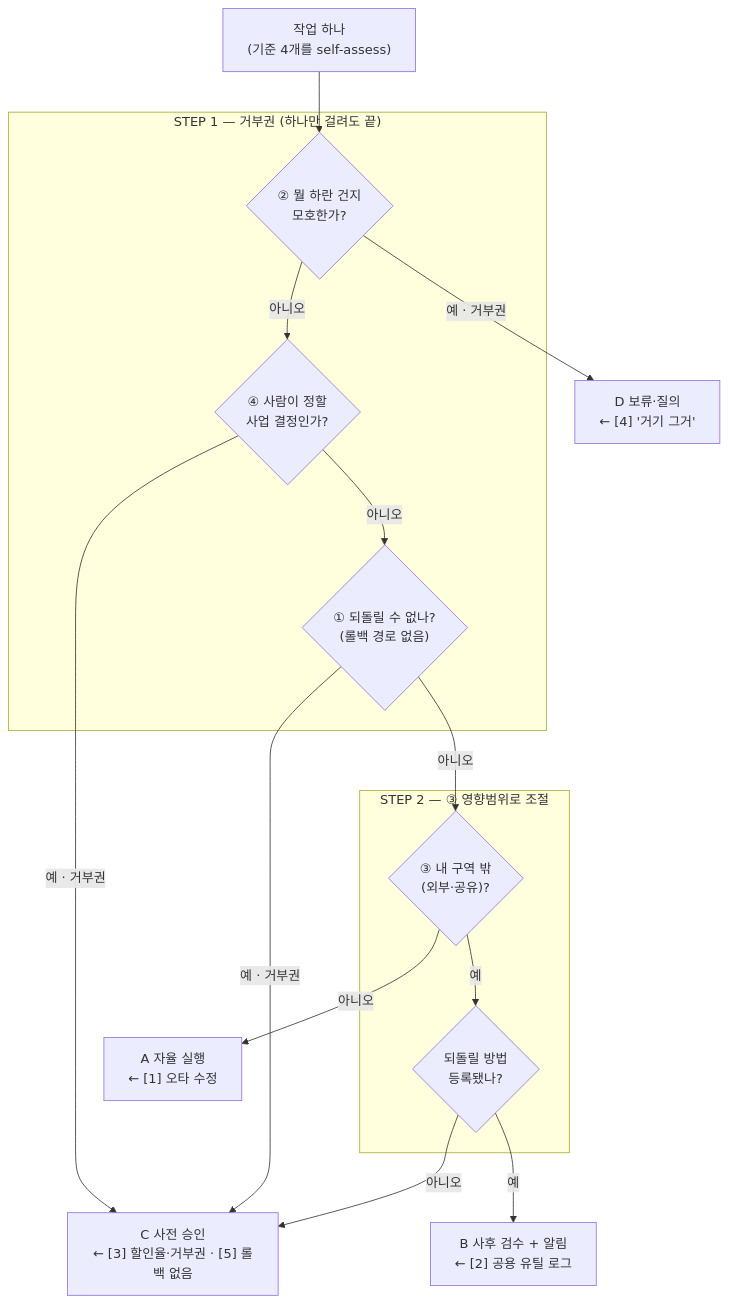
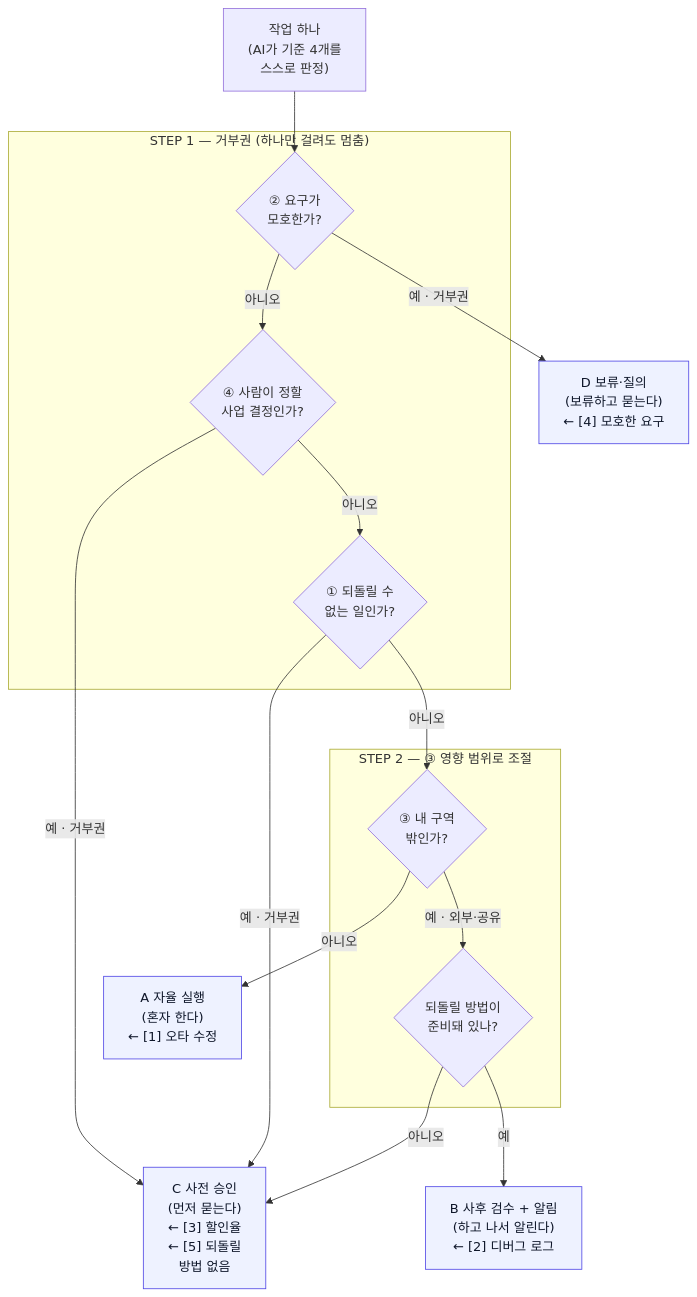
One commit to neisii/harness-naroo changed the first of 2 diagrams in QUICKSTART.md. Above: the diagram before and after it, drawn with Mermaid. The commit also changed other lines of this file and 5 other files, not shown here.

````diff
--- a/QUICKSTART.md
+++ b/QUICKSTART.md
@@ -46,28 +57,30 @@
 ```mermaid
 flowchart TD
-  START["작업 하나<br/>(기준 4개를 self-assess)"]
-  subgraph STEP1["STEP 1 — 거부권 (하나만 걸려도 끝)"]
-    Q2{"② 뭘 하란 건지<br/>모호한가?"}
+  START["작업 하나<br/>(AI가 기준 4개를<br/>스스로 판정)"]
+  subgraph STEP1["STEP 1 — 거부권 (하나만 걸려도 멈춤)"]
+    Q2{"② 요구가<br/>모호한가?"}
     Q4{"④ 사람이 정할<br/>사업 결정인가?"}
-    Q1{"① 되돌릴 수 없나?<br/>(롤백 경로 없음)"}
+    Q1{"① 되돌릴 수<br/>없는 일인가?"}
   end
-  subgraph STEP2["STEP 2 — ③ 영향범위로 조절"]
-    Q3{"③ 내 구역 밖<br/>(외부·공유)?"}
-    RB{"되돌릴 방법<br/>등록됐나?"}
+  subgraph STEP2["STEP 2 — ③ 영향 범위로 조절"]
+    Q3{"③ 내 구역<br/>밖인가?"}
+    RB{"되돌릴 방법이<br/>준비돼 있나?"}
   end
-  A["A 자율 실행<br/>← [1] 오타 수정"]
-  B["B 사후 검수 + 알림<br/>← [2] 공용 유틸 로그"]
-  C["C 사전 승인<br/>← [3] 할인율·거부권 · [5] 롤백 없음"]
-  D["D 보류·질의<br/>← [4] '거기 그거'"]
+  A["A 자율 실행<br/>(혼자 한다)<br/>← [1] 오타 수정"]
+  B["B 사후 검수 + 알림<br/>(하고 나서 알린다)<br/>← [2] 디버그 로그"]
+  C["C 사전 승인<br/>(먼저 묻는다)<br/>← [3] 할인율<br/>← [5] 되돌릴<br/>방법 없음"]
+  D["D 보류·질의<br/>(보류하고 묻는다)<br/>← [4] 모호한 요구"]
   START --> Q2
   Q2 -->|예 · 거부권| D
   Q2 -->|아니오| Q4
   Q4 -->|예 · 거부권| C
   Q4 -->|아니오| Q1
   Q1 -->|예 · 거부권| C
   Q1 -->|아니오| Q3
   Q3 -->|아니오| A
-  Q3 -->|예| RB
+  Q3 -->|예 · 외부·공유| RB
   RB -->|예| B
   RB -->|아니오| C
+  classDef out fill:#eef2ff,stroke:#4f46e5,color:#0f172a
+  class A,B,C,D out
 ```
````
